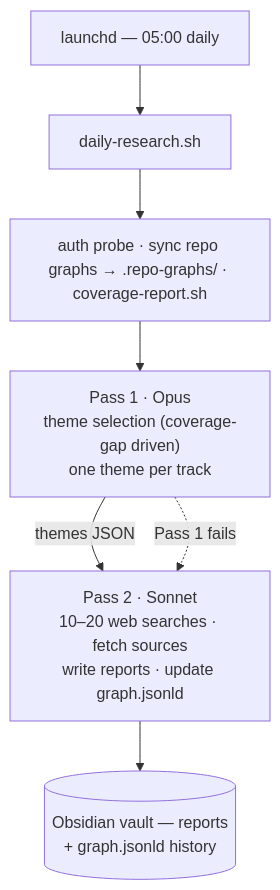
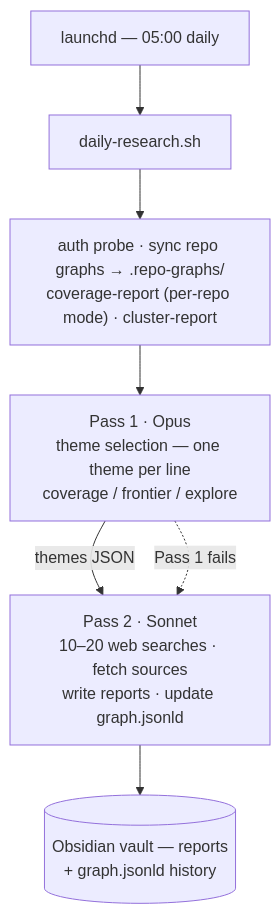
The diagram in README.md (shimo4228/daily-research), drawn with Mermaid before and after one commit. The commit also changed other lines of this file and 24 other files, not shown here.

First line of the commit message:
feat: 4 track を 3 ラインに再編し frontier モードと自由探索ラインを導入 (ADR-0004)

````diff
--- a/README.md
+++ b/README.md
@@ -15,9 +15,9 @@
 ```mermaid
 flowchart TD
     cron["launchd — 05:00 daily"] --> orch["daily-research.sh"]
-    orch --> prep["auth probe · sync repo graphs → .repo-graphs/ · coverage-report.sh"]
-    prep --> p1["Pass 1 · Opus<br/>theme selection (coverage-gap driven)<br/>one theme per track"]
+    orch --> prep["auth probe · sync repo graphs → .repo-graphs/<br/>coverage-report (per-repo mode) · cluster-report"]
+    prep --> p1["Pass 1 · Opus<br/>theme selection — one theme per line<br/>coverage / frontier / explore"]
     p1 -->|themes JSON| p2["Pass 2 · Sonnet<br/>10–20 web searches · fetch sources<br/>write reports · update graph.jsonld"]
     p1 -.->|Pass 1 fails| p2
     p2 --> out[("Obsidian vault — reports<br/>+ graph.jsonld history")]
 ```
````
